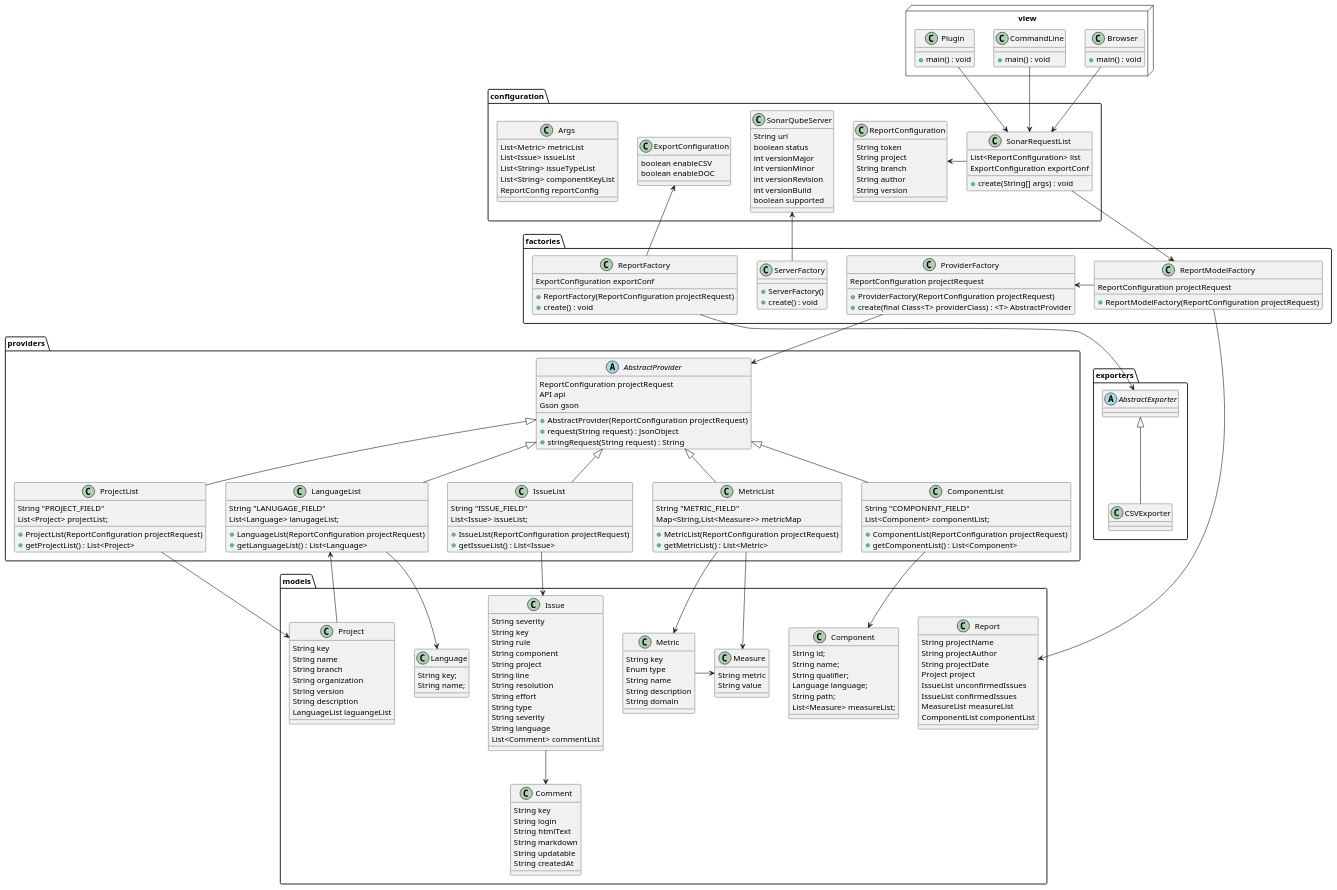
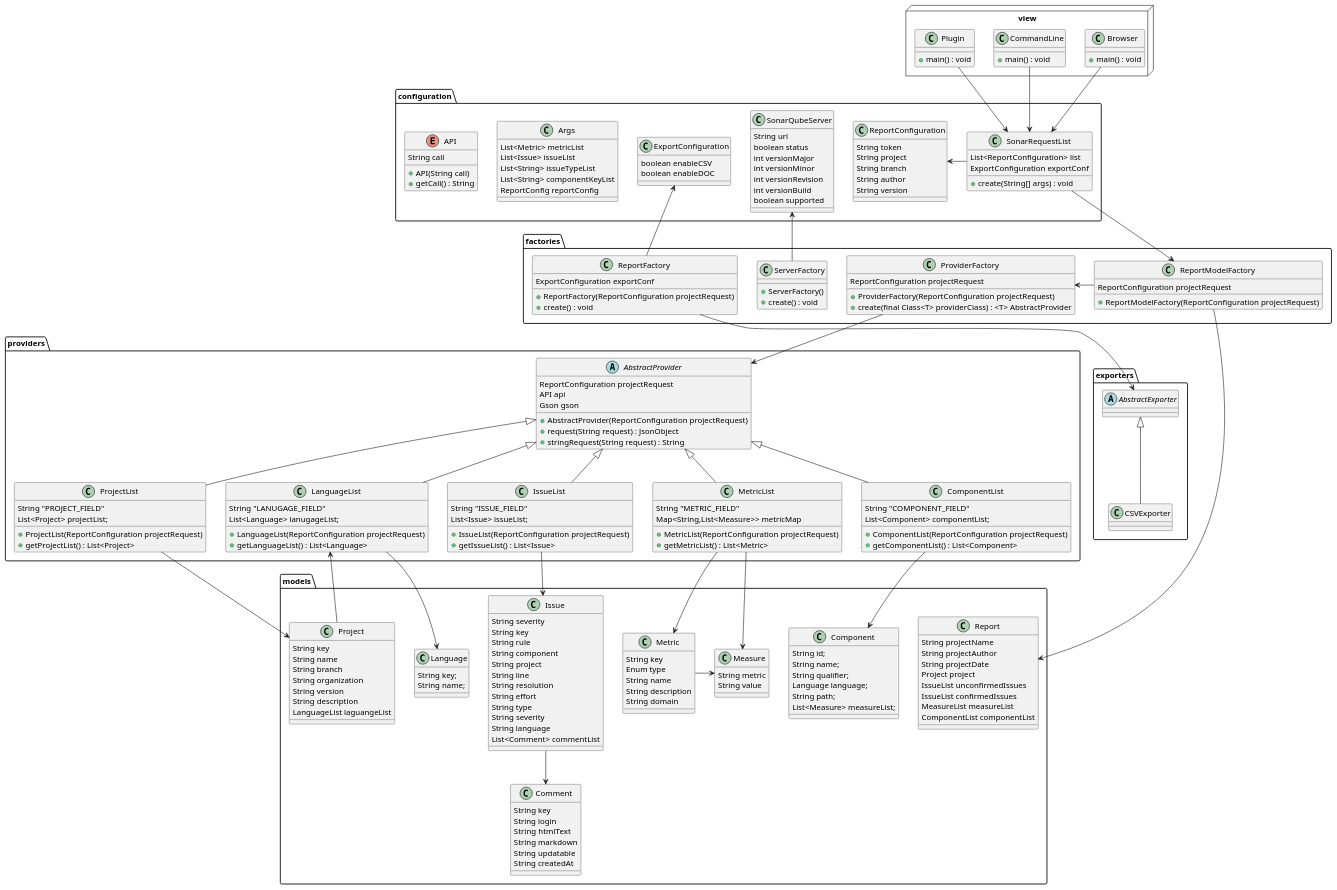
The diagram in uml/diagrama_de_clases.plantuml (iakigarci/SonarReport), drawn with PlantUML before and after one commit. The commit also changed 9 other files, not shown here.

```diff
--- a/uml/diagrama_de_clases.plantuml
+++ b/uml/diagrama_de_clases.plantuml
@@ -196,6 +196,12 @@
         boolean enableCSV
         boolean enableDOC
     }
+
+    enum API {
+        String call
+        +API(String call)
+        +getCall() : String
+    }
 }
 
 package view <<Node>> {
```
